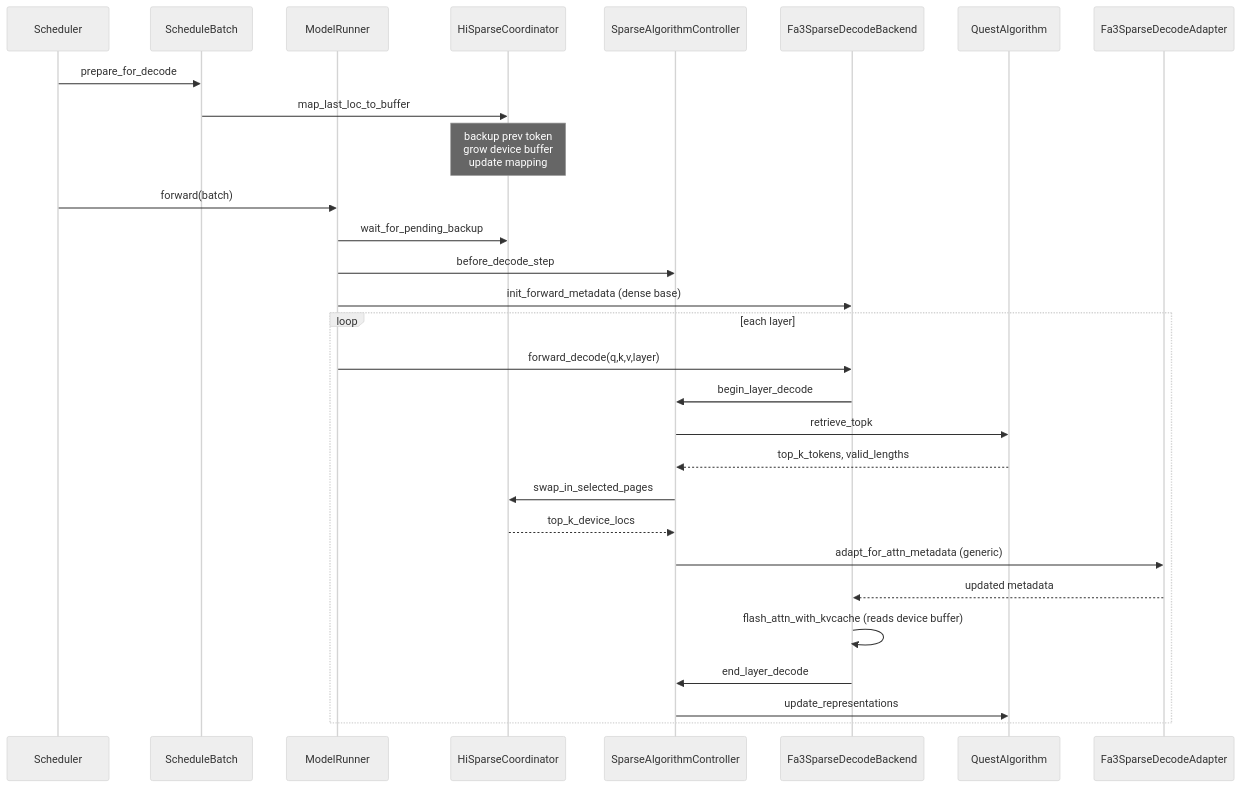
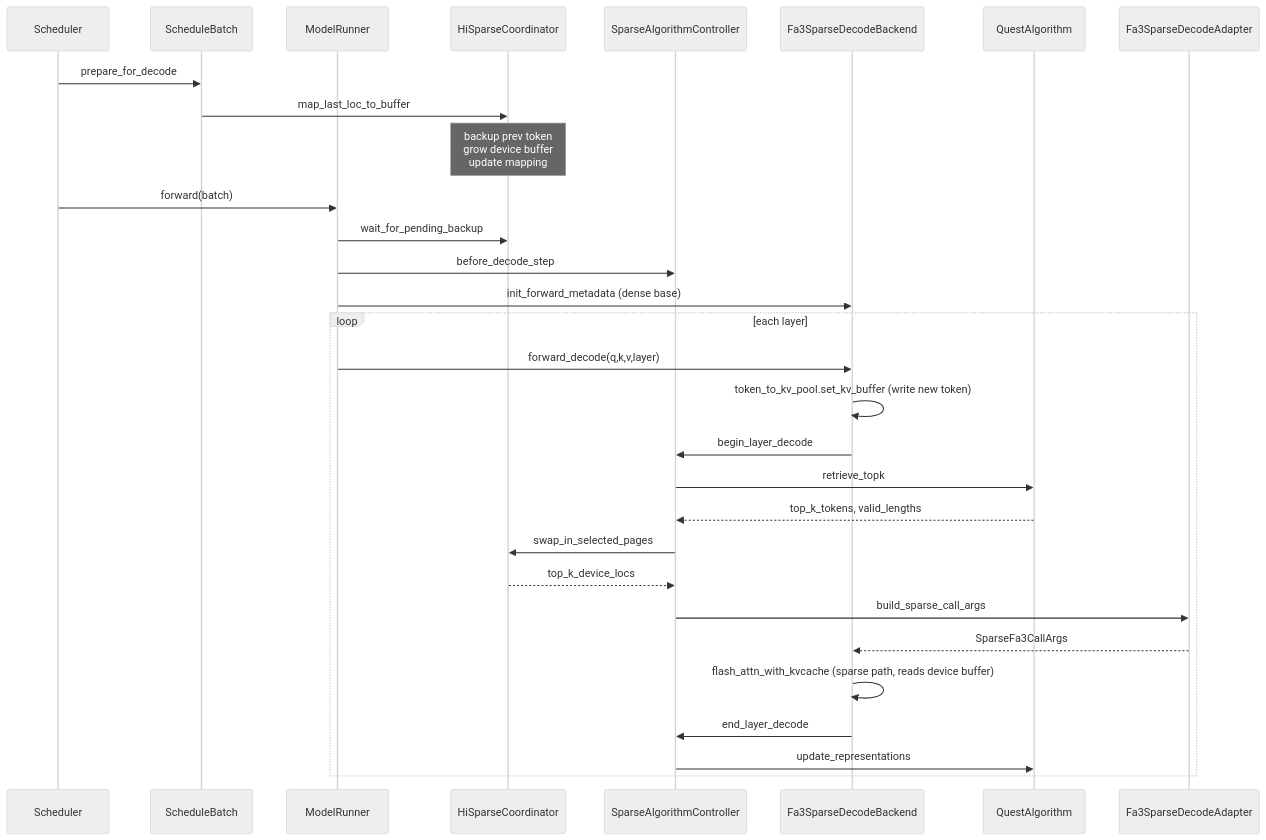
One commit to magicYang1573/sglang changed the second of 3 diagrams in docs/advanced_features/hisparse_sparse_decode_design.md. Above: the diagram before and after it, drawn with Mermaid (neutral theme). The commit also changed other lines of this file and 13 other files, not shown here.

Commit message:
version friendly to cuda graph

````diff
--- a/docs/advanced_features/hisparse_sparse_decode_design.md
+++ b/docs/advanced_features/hisparse_sparse_decode_design.md
@@ -843,32 +935,33 @@
 ```mermaid
 sequenceDiagram
     participant Sch as Scheduler
     participant SB as ScheduleBatch
     participant MR as ModelRunner
     participant Coord as HiSparseCoordinator
     participant Ctl as SparseAlgorithmController
     participant AB as Fa3SparseDecodeBackend
     participant Alg as QuestAlgorithm
     participant Adp as Fa3SparseDecodeAdapter
 
     Sch->>SB: prepare_for_decode
     SB->>Coord: map_last_loc_to_buffer
     Note over Coord: backup prev token<br/>grow device buffer<br/>update mapping
     Sch->>MR: forward(batch)
     MR->>Coord: wait_for_pending_backup
     MR->>Ctl: before_decode_step
     MR->>AB: init_forward_metadata (dense base)
     loop each layer
       MR->>AB: forward_decode(q,k,v,layer)
+      AB->>AB: token_to_kv_pool.set_kv_buffer (write new token)
       AB->>Ctl: begin_layer_decode
       Ctl->>Alg: retrieve_topk
       Alg-->>Ctl: top_k_tokens, valid_lengths
       Ctl->>Coord: swap_in_selected_pages
       Coord-->>Ctl: top_k_device_locs
-      Ctl->>Adp: adapt_for_attn_metadata (generic)
-      Adp-->>AB: updated metadata
-      AB->>AB: flash_attn_with_kvcache (reads device buffer)
+      Ctl->>Adp: build_sparse_call_args
+      Adp-->>AB: SparseFa3CallArgs
+      AB->>AB: flash_attn_with_kvcache (sparse path, reads device buffer)
       AB->>Ctl: end_layer_decode
       Ctl->>Alg: update_representations
     end
 ```
````
